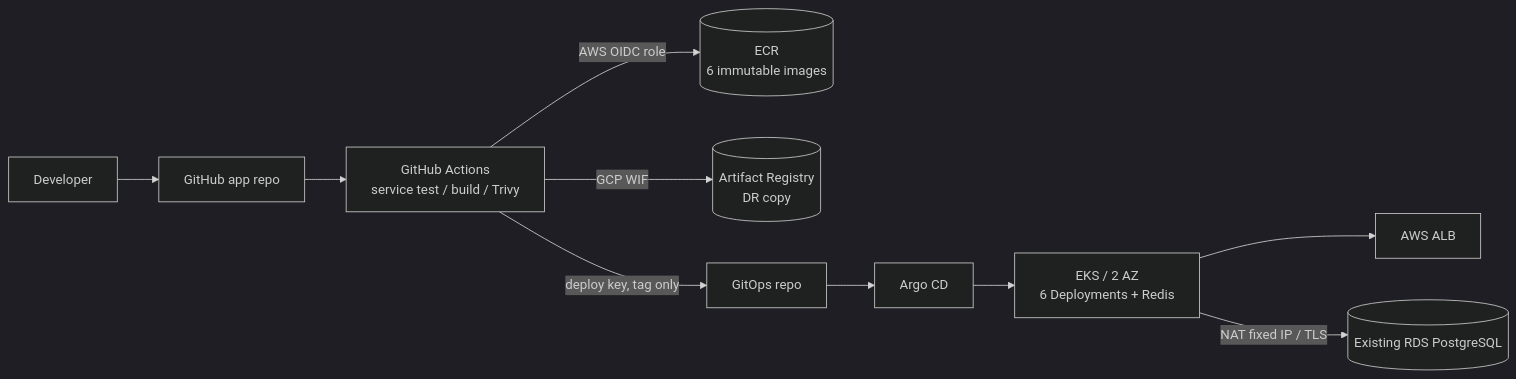
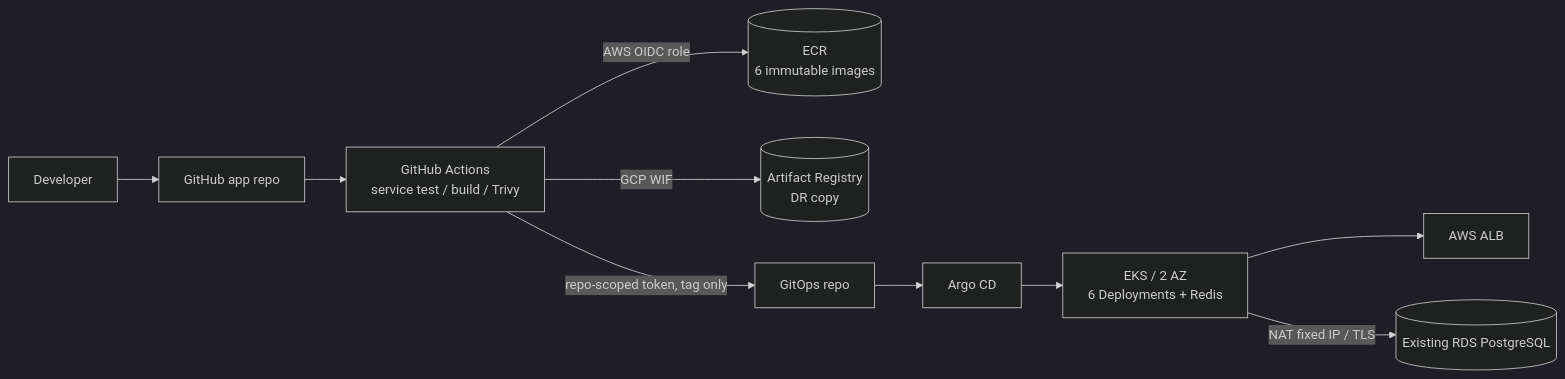
The diagram in README.md (qkrwlgh335-lab/bank-of-anthos-gitops), drawn with Mermaid (dark theme) before and after one commit. The commit also changed 2 other files, not shown here.

Commit message:
docs: use short-lived repo-scoped GitOps token

````diff
--- a/README.md
+++ b/README.md
@@ -6,12 +6,12 @@
 ```mermaid
 flowchart LR
   DEV[Developer] --> GH[GitHub app repo]
   GH --> CI[GitHub Actions\nservice test / build / Trivy]
   CI -->|AWS OIDC role| ECR[(ECR\n6 immutable images)]
   CI -->|GCP WIF| GAR[(Artifact Registry\nDR copy)]
-  CI -->|deploy key, tag only| GITOPS[GitOps repo]
+  CI -->|repo-scoped token, tag only| GITOPS[GitOps repo]
   GITOPS --> ARGO[Argo CD]
   ARGO --> EKS[EKS / 2 AZ\n6 Deployments + Redis]
   EKS --> ALB[AWS ALB]
   EKS -->|NAT fixed IP / TLS| RDS[(Existing RDS PostgreSQL)]
 ```
````
